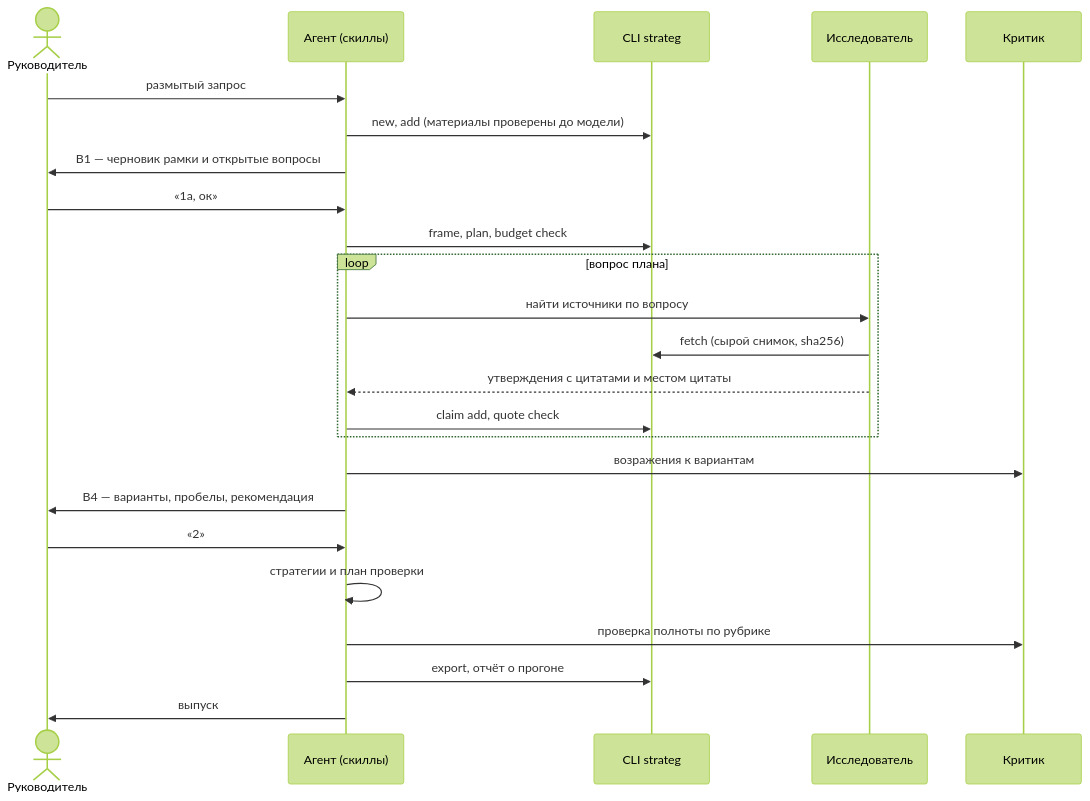
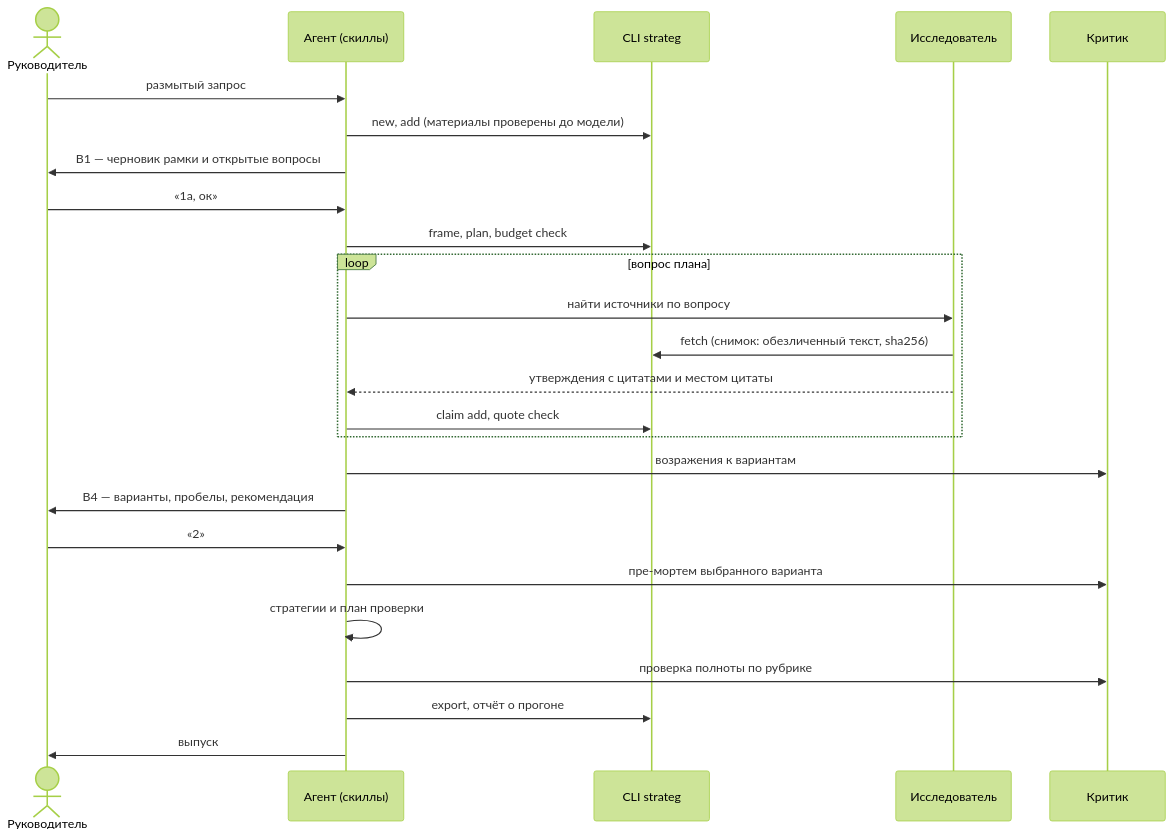
Before and after one commit to FlosVacui/strateg-agent: the third of 3 diagrams in docs/architecture.md, drawn with Mermaid (forest theme). The commit also changed other lines of this file and 18 other files, not shown here.

````diff
--- a/docs/architecture.md
+++ b/docs/architecture.md
@@ -125,26 +125,27 @@
 ```mermaid
 sequenceDiagram
   actor PM as Руководитель
   participant AG as Агент (скиллы)
   participant CLI as CLI strateg
   participant R as Исследователь
   participant CR as Критик
   PM->>AG: размытый запрос
   AG->>CLI: new, add (материалы проверены до модели)
   AG->>PM: В1 — черновик рамки и открытые вопросы
   PM->>AG: «1а, ок»
   AG->>CLI: frame, plan, budget check
   loop вопрос плана
     AG->>R: найти источники по вопросу
-    R->>CLI: fetch (сырой снимок, sha256)
+    R->>CLI: fetch (снимок: обезличенный текст, sha256)
     R-->>AG: утверждения с цитатами и местом цитаты
     AG->>CLI: claim add, quote check
   end
   AG->>CR: возражения к вариантам
   AG->>PM: В4 — варианты, пробелы, рекомендация
   PM->>AG: «2»
+  AG->>CR: пре-мортем выбранного варианта
   AG->>AG: стратегии и план проверки
   AG->>CR: проверка полноты по рубрике
   AG->>CLI: export, отчёт о прогоне
   AG->>PM: выпуск
 ```
````
